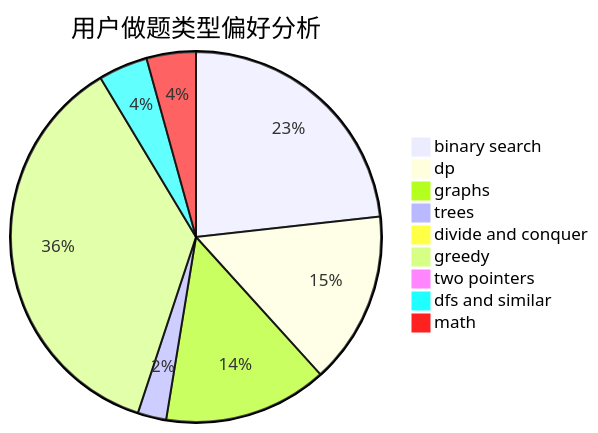
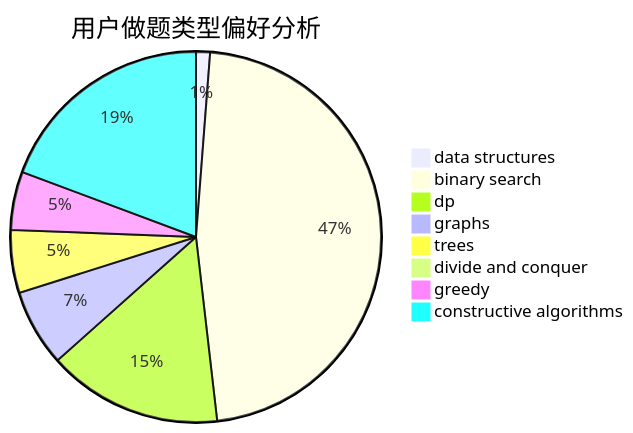
Before and after one commit to sherpahu/cfrs.github.io: the second of 3 diagrams in docs/user/u1680.md, drawn with Mermaid. The commit also changed other lines of this file and 2775 other files, not shown here.

````diff
--- a/docs/user/u1680.md
+++ b/docs/user/u1680.md
@@ -23,12 +23,11 @@
 ```mermaid
 pie title 用户做题类型偏好分析
-    "binary search" :  270
-    "dp" :  175
-    "graphs" :  166
-    "trees" :  29
-    "divide and conquer" :  8
-    "greedy" :  422
-    "two pointers" :  5
-    "dfs and similar" :  50
-    "math" :  50
+    "data structures" :  6
+    "binary search" :  231
+    "dp" :  75
+    "graphs" :  33
+    "trees" :  27
+    "divide and conquer" :  0
+    "greedy" :  25
+    "constructive algorithms" :  95
 ```
````
